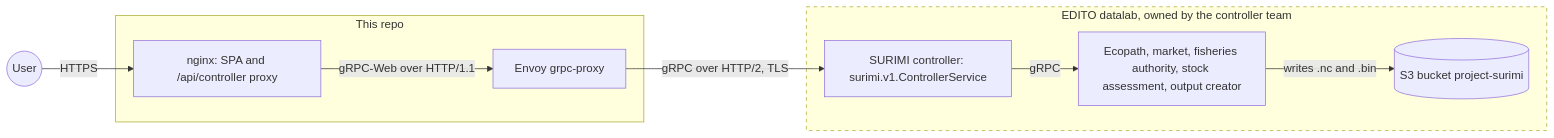
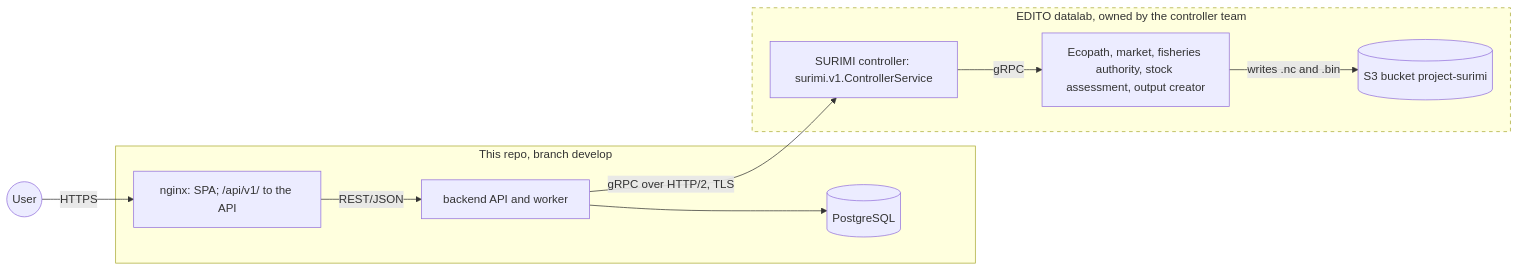
The first of 9 diagrams in docs/ARCHITECTURE.md (SURIMI-Project/SURIMI-modelgui), drawn with Mermaid before and after one commit. The commit also changed other lines of this file and 36 other files, not shown here.

First line of the commit message:
CU-124gnxqxc1n -- Remove the gRPC-Web proxy (Envoy); only the backend calls the controller

````diff
--- a/docs/ARCHITECTURE.md
+++ b/docs/ARCHITECTURE.md
@@ -13,19 +13,21 @@
 ```mermaid
 flowchart LR
     user(("User"))
-    subgraph web [This repo]
-        nginx["nginx: SPA and /api/controller proxy"]
-        envoy["Envoy grpc-proxy"]
+    subgraph web [This repo, branch develop]
+        nginx["nginx: SPA; /api/v1/ to the API"]
+        api["backend API and worker"]
+        db[("PostgreSQL")]
     end
     subgraph edito [EDITO datalab, owned by the controller team]
         ctrl["SURIMI controller: surimi.v1.ControllerService"]
         models["Ecopath, market, fisheries authority, stock assessment, output creator"]
         s3[("S3 bucket project-surimi")]
     end
     user -->|HTTPS| nginx
-    nginx -->|"gRPC-Web over HTTP/1.1"| envoy
-    envoy -->|"gRPC over HTTP/2, TLS"| ctrl
+    nginx -->|"REST/JSON"| api
+    api --> db
+    api -->|"gRPC over HTTP/2, TLS"| ctrl
     ctrl -->|gRPC| models
     models -->|"writes .nc and .bin"| s3
     style edito stroke-dasharray: 5 5
 ```
````
